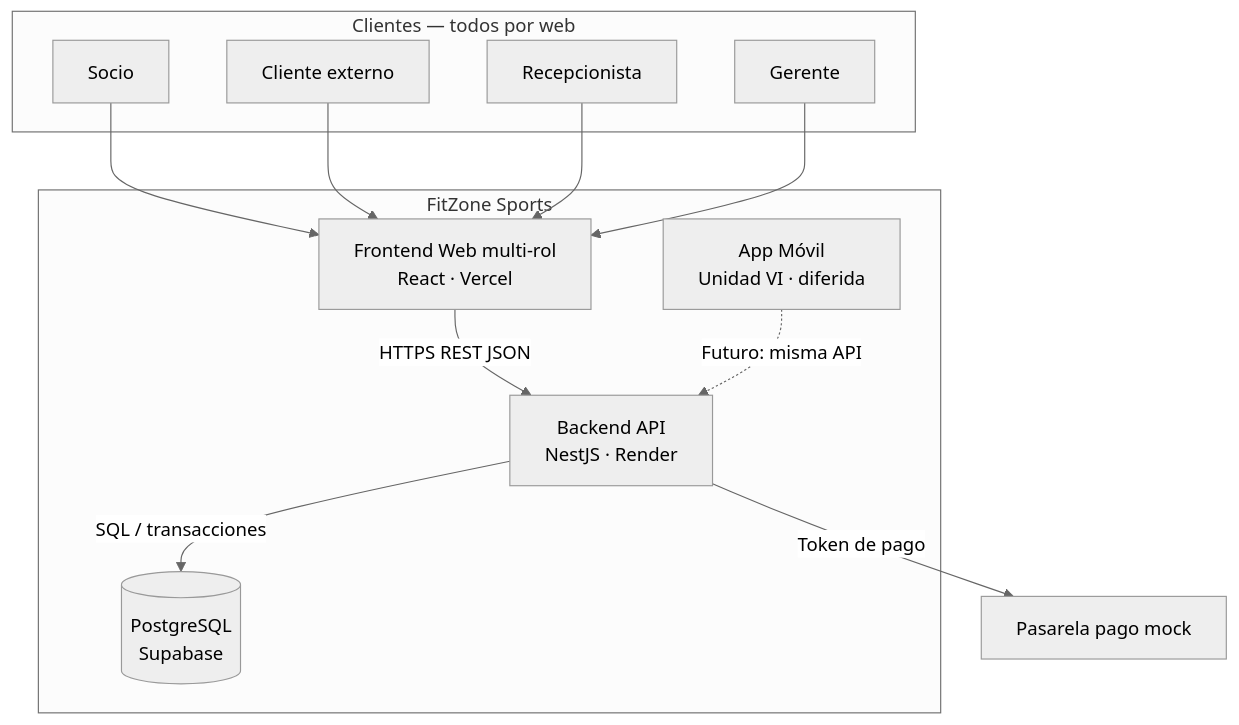
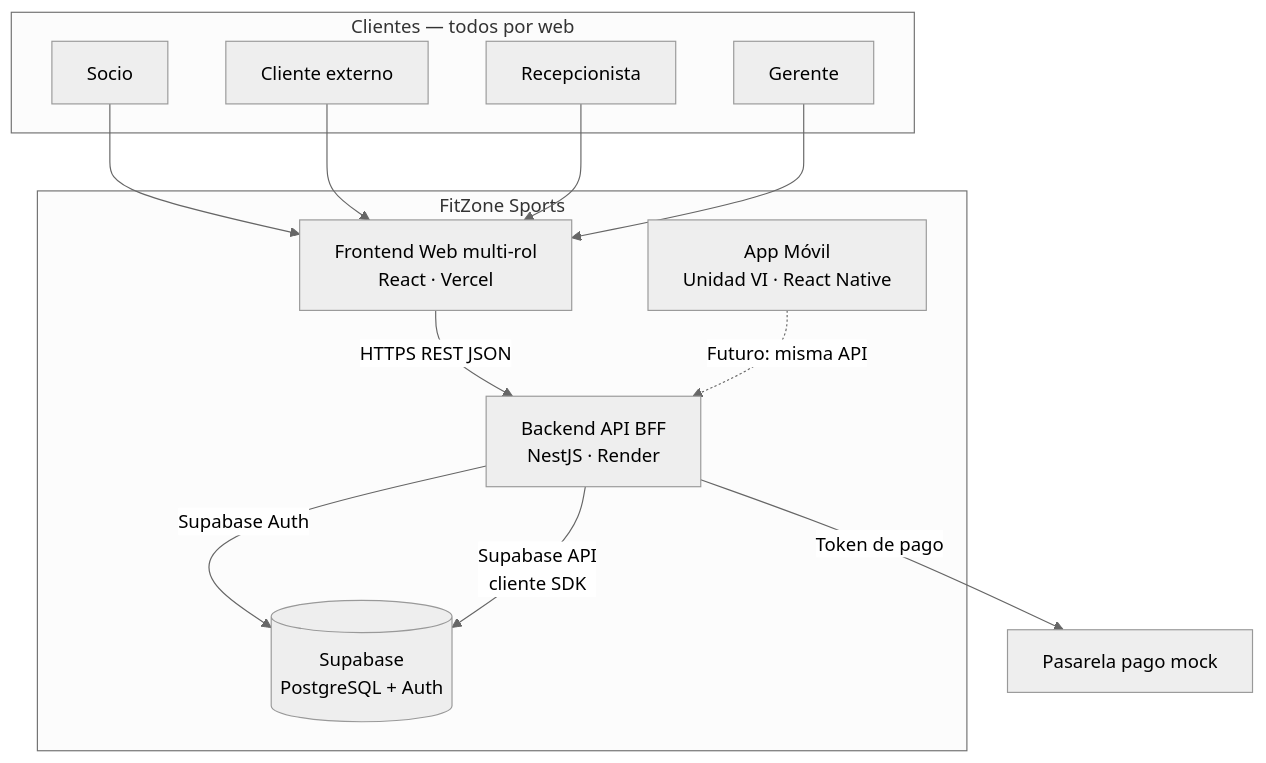
One commit to PatricioRamos04032000/FitZoneSports changed the third of 5 diagrams in documentacion/C4_Arquitectura_FitZone.md. Above: the diagram before and after it, drawn with Mermaid (neutral theme). The commit also changed other lines of this file and 7 other files, not shown here.

````diff
--- a/documentacion/C4_Arquitectura_FitZone.md
+++ b/documentacion/C4_Arquitectura_FitZone.md
@@ -114,28 +117,29 @@
 ```mermaid
 flowchart TB
     subgraph clientes [Clientes — todos por web]
         A1[Socio]
         A2[Cliente externo]
         A3[Recepcionista]
         A4[Gerente]
     end
 
     subgraph fitzone [FitZone Sports]
         WEB[Frontend Web multi-rol<br/>React · Vercel]
-        API[Backend API<br/>NestJS · Render]
-        DB[(PostgreSQL<br/>Supabase)]
-        MOB[App Móvil<br/>Unidad VI · diferida]
+        API[Backend API BFF<br/>NestJS · Render]
+        DB[(Supabase<br/>PostgreSQL + Auth)]
+        MOB[App Móvil<br/>Unidad VI · React Native]
     end
 
     PAY[Pasarela pago mock]
 
     A1 --> WEB
     A2 --> WEB
     A3 --> WEB
     A4 --> WEB
 
     WEB -->|HTTPS REST JSON| API
-    API -->|SQL / transacciones| DB
+    API -->|Supabase Auth| DB
+    API -->|Supabase API<br/>cliente SDK| DB
     API -->|Token de pago| PAY
     MOB -.->|Futuro: misma API| API
 ```
````
